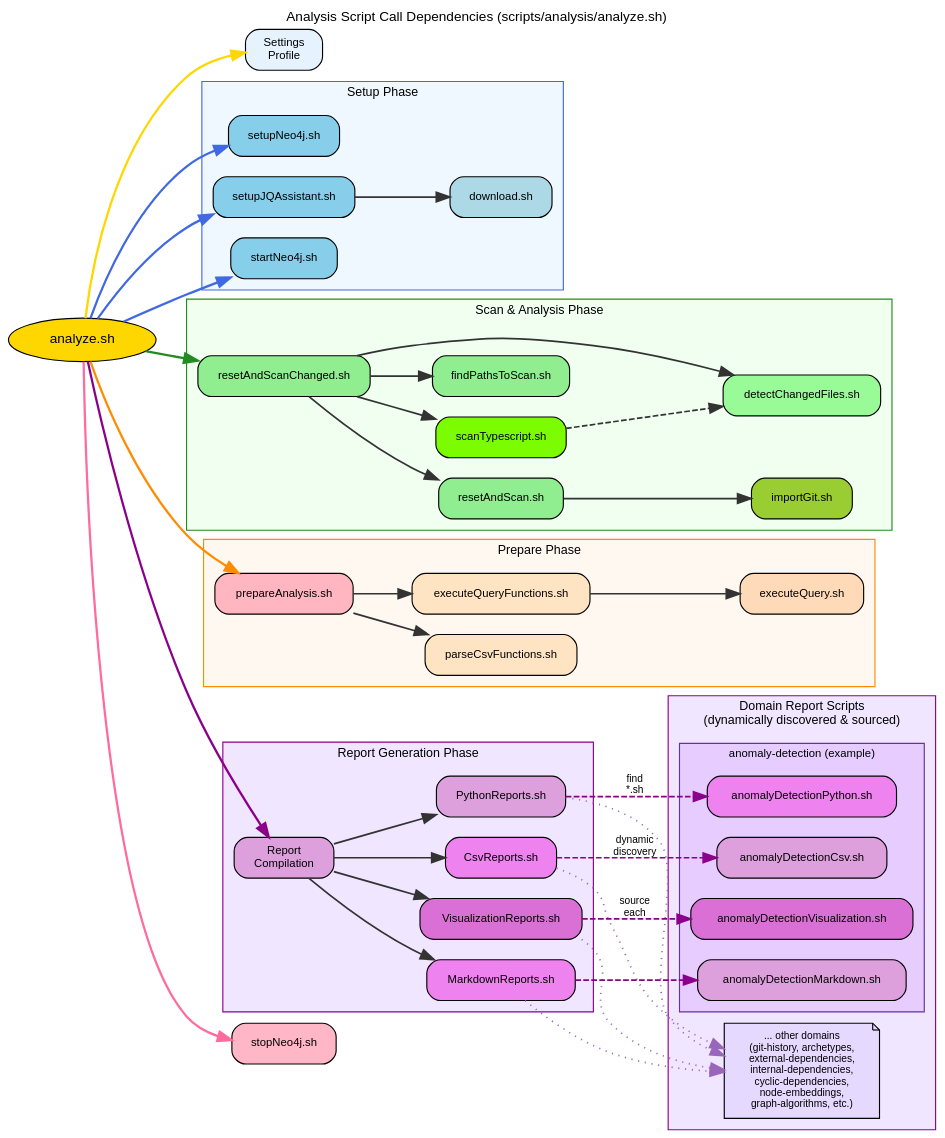
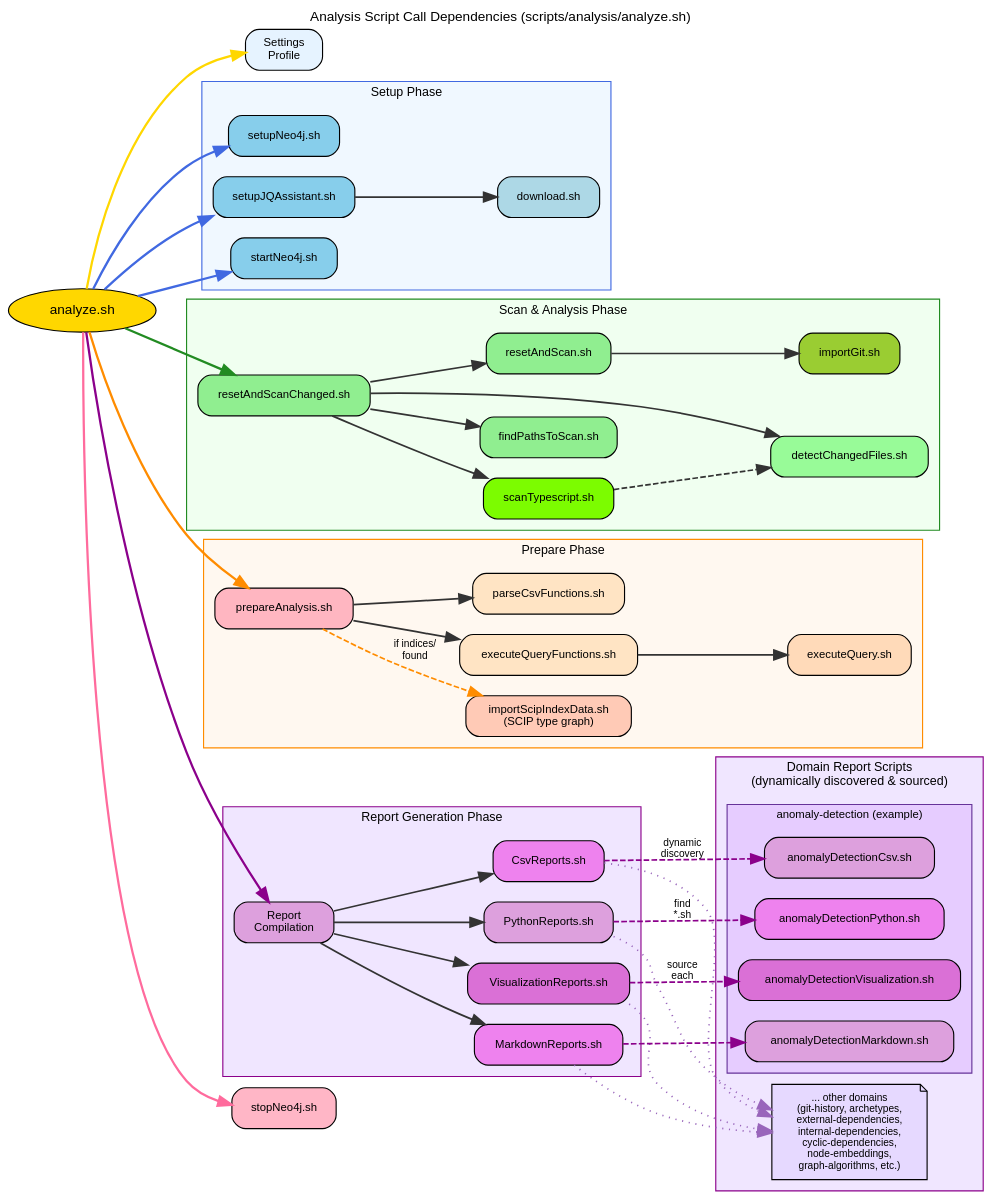
One commit to JohT/code-graph-analysis-pipeline changed the diagram in scripts/analysis/analysis_process_graph.gv. Above: the diagram before and after it, drawn with Graphviz. The commit also changed 5 other files, not shown here.

```diff
--- a/scripts/analysis/analysis_process_graph.gv
+++ b/scripts/analysis/analysis_process_graph.gv
@@ -1,182 +1,184 @@
 digraph ScriptDependencies {
     graph [
         rankdir=LR,
         bgcolor="transparent",
         fontname="Helvetica",
         fontsize=12,
         labelloc="top",
         label="Analysis Script Call Dependencies (scripts/analysis/analyze.sh)"
     ];
     
     node [
         shape=box,
         style="rounded,filled",
         fontname="Helvetica",
         fontsize=10,
         margin="0.2,0.1"
     ];
     
     edge [
         fontname="Helvetica",
         fontsize=9,
         color="#333333",
         penwidth=1.5,
         arrowsize=1.2
     ];
 
     // Main entry point
     analyze [label="analyze.sh", fillcolor="#FFD700", fontcolor="black", fontweight="bold", shape="ellipse", fontsize=12];
     
     // Profile selection
     profile [label="Settings\nProfile", fillcolor="#E6F3FF"];
     
     // Setup phase - subgraph
     subgraph cluster_setup {
         label="Setup Phase";
         fontname="Helvetica";
         fontsize=11;
         style="filled";
         fillcolor="#F0F8FF";
         color="#4169E1";
         margin=10;
         
         setupNeo4j [label="setupNeo4j.sh", fillcolor="#87CEEB"];
         setupJQAssistant [label="setupJQAssistant.sh", fillcolor="#87CEEB"];
         startNeo4j [label="startNeo4j.sh", fillcolor="#87CEEB"];
         download [label="download.sh", fillcolor="#ADD8E6"];
     }
     
     // Scan phase - subgraph
     subgraph cluster_scan {
         label="Scan & Analysis Phase";
         fontname="Helvetica";
         fontsize=11;
         style="filled";
         fillcolor="#F0FFF0";
         color="#228B22";
         margin=10;
         
         resetAndScanChanged [label="resetAndScanChanged.sh", fillcolor="#90EE90"];
         scanTypescript [label="scanTypescript.sh", fillcolor="#7CFC00"];
         findPathsToScan [label="findPathsToScan.sh", fillcolor="#90EE90"];
         detectChangedFiles [label="detectChangedFiles.sh", fillcolor="#98FB98"];
         resetAndScan [label="resetAndScan.sh", fillcolor="#90EE90"];
         importGit [label="importGit.sh", fillcolor="#9ACD32"];
     }
     
     // Prepare phase - subgraph
     subgraph cluster_prepare {
         label="Prepare Phase";
         fontname="Helvetica";
         fontsize=11;
         style="filled";
         fillcolor="#FFF8F0";
         color="#FF8C00";
         margin=10;
         
         prepareAnalysis [label="prepareAnalysis.sh", fillcolor="#FFB6C1"];
+        importScipIndex [label="importScipIndexData.sh\n(SCIP type graph)", fillcolor="#FFCAB6"];
         executeQueryFunctions [label="executeQueryFunctions.sh", fillcolor="#FFE4C4"];
         executeQuery [label="executeQuery.sh", fillcolor="#FFDAB9"];
         parseCsvFunctions [label="parseCsvFunctions.sh", fillcolor="#FFE4C4"];
     }
     
     // Report generation phase - subgraph
     subgraph cluster_reports {
         label="Report Generation Phase";
         fontname="Helvetica";
         fontsize=11;
         style="filled";
         fillcolor="#F0E6FF";
         color="#8B008B";
         margin=10;
         
         reportCompilation [label="Report\nCompilation", fillcolor="#DDA0DD", fontweight="bold"];
         csvReports [label="CsvReports.sh", fillcolor="#EE82EE"];
         pythonReports [label="PythonReports.sh", fillcolor="#DDA0DD"];
         visualizationReports [label="VisualizationReports.sh", fillcolor="#DA70D6"];
         markdownReports [label="MarkdownReports.sh", fillcolor="#EE82EE"];
     }
     
     // Cleanup phase
     stopNeo4j [label="stopNeo4j.sh", fillcolor="#FFB6C6", shape="box"];
     
     // Domain report scripts - subgraph
     subgraph cluster_domains {
         label="Domain Report Scripts\n(dynamically discovered & sourced)";
         fontname="Helvetica";
         fontsize=11;
         style="filled";
         fillcolor="#F0E6FF";
         color="#8B008B";
         margin=10;
         
         subgraph cluster_domain_anomaly {
             label="anomaly-detection (example)";
             fontsize=10;
             style="filled";
             fillcolor="#E6CCFF";
             color="#663399";
             
             anomalyCsv [label="anomalyDetectionCsv.sh", fillcolor="#DDA0DD"];
             anomalyPython [label="anomalyDetectionPython.sh", fillcolor="#EE82EE"];
             anomalyVisualization [label="anomalyDetectionVisualization.sh", fillcolor="#DA70D6"];
             anomalyMarkdown [label="anomalyDetectionMarkdown.sh", fillcolor="#DDA0DD"];
         }
         
         // Other domains indicator
         moreDomains [label="... other domains\n(git-history, archetypes,\nexternal-dependencies,\ninternal-dependencies,\ncyclic-dependencies,\nnode-embeddings,\ngraph-algorithms, etc.)", shape="note", fillcolor="#E6D9FF", fontsize=9];
     }
 
     // Main flow edges
     analyze -> profile [color="#FFD700", penwidth=2];
     analyze -> setupNeo4j [color="#4169E1", penwidth=2];
     analyze -> setupJQAssistant [color="#4169E1", penwidth=2];
     analyze -> startNeo4j [color="#4169E1", penwidth=2];
     analyze -> resetAndScanChanged [color="#228B22", penwidth=2];
     analyze -> prepareAnalysis [color="#FF8C00", penwidth=2];
     analyze -> reportCompilation [color="#8B008B", penwidth=2];
     analyze -> stopNeo4j [color="#FF6B9D", penwidth=2];
     
     // Setup phase edges
     setupJQAssistant -> download;
     
     // Scan phase edges
     resetAndScanChanged -> scanTypescript;
     resetAndScanChanged -> findPathsToScan;
     resetAndScanChanged -> detectChangedFiles;
     resetAndScanChanged -> resetAndScan;
     
     scanTypescript -> detectChangedFiles [style="dashed"];
     
     resetAndScan -> importGit;
     
     // Prepare phase edges
+    prepareAnalysis -> importScipIndex [label="if indices/\nfound", style="dashed", color="#FF8C00"];
     prepareAnalysis -> executeQueryFunctions;
     prepareAnalysis -> parseCsvFunctions;
     
     executeQueryFunctions -> executeQuery;
     
     // Report generation edges
     reportCompilation -> csvReports;
     reportCompilation -> pythonReports;
     reportCompilation -> visualizationReports;
     reportCompilation -> markdownReports;
     
     // Domain report script edges (dynamically discovered via find and sourced)
     // Example: anomaly-detection domain
     // CSV Reports
     csvReports -> anomalyCsv [style="dashed", color="#8B008B", label="dynamic\ndiscovery"];
     csvReports -> moreDomains [style="dotted", color="#9966BB"];
     
     // Python Reports
     pythonReports -> anomalyPython [style="dashed", color="#8B008B", label="find\n*.sh"];
     pythonReports -> moreDomains [style="dotted", color="#9966BB"];
     
     // Visualization Reports
     visualizationReports -> anomalyVisualization [style="dashed", color="#8B008B", label="source\neach"];
     visualizationReports -> moreDomains [style="dotted", color="#9966BB"];
     
     // Markdown Reports
     markdownReports -> anomalyMarkdown [style="dashed", color="#8B008B"];
     markdownReports -> moreDomains [style="dotted", color="#9966BB"];
 }
```
